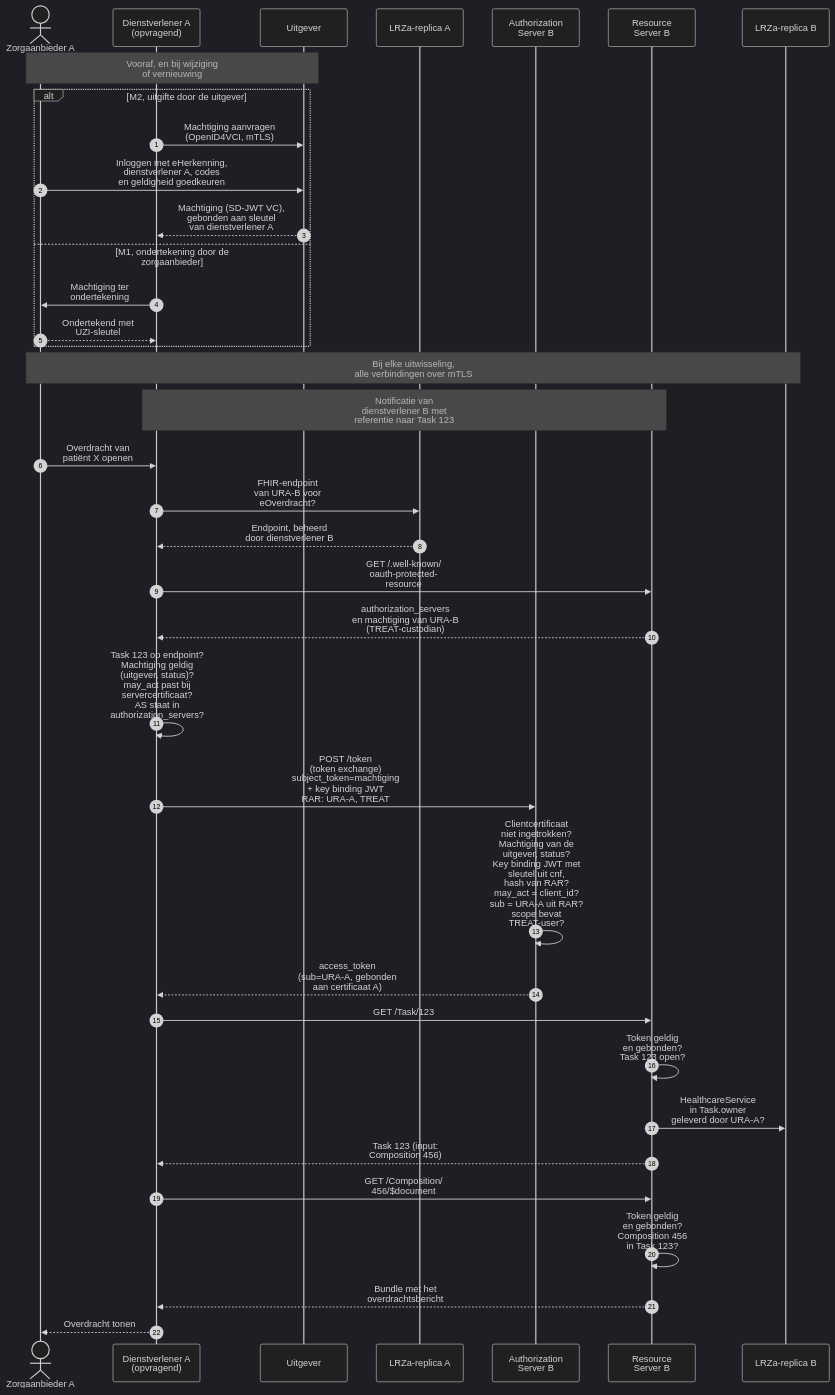
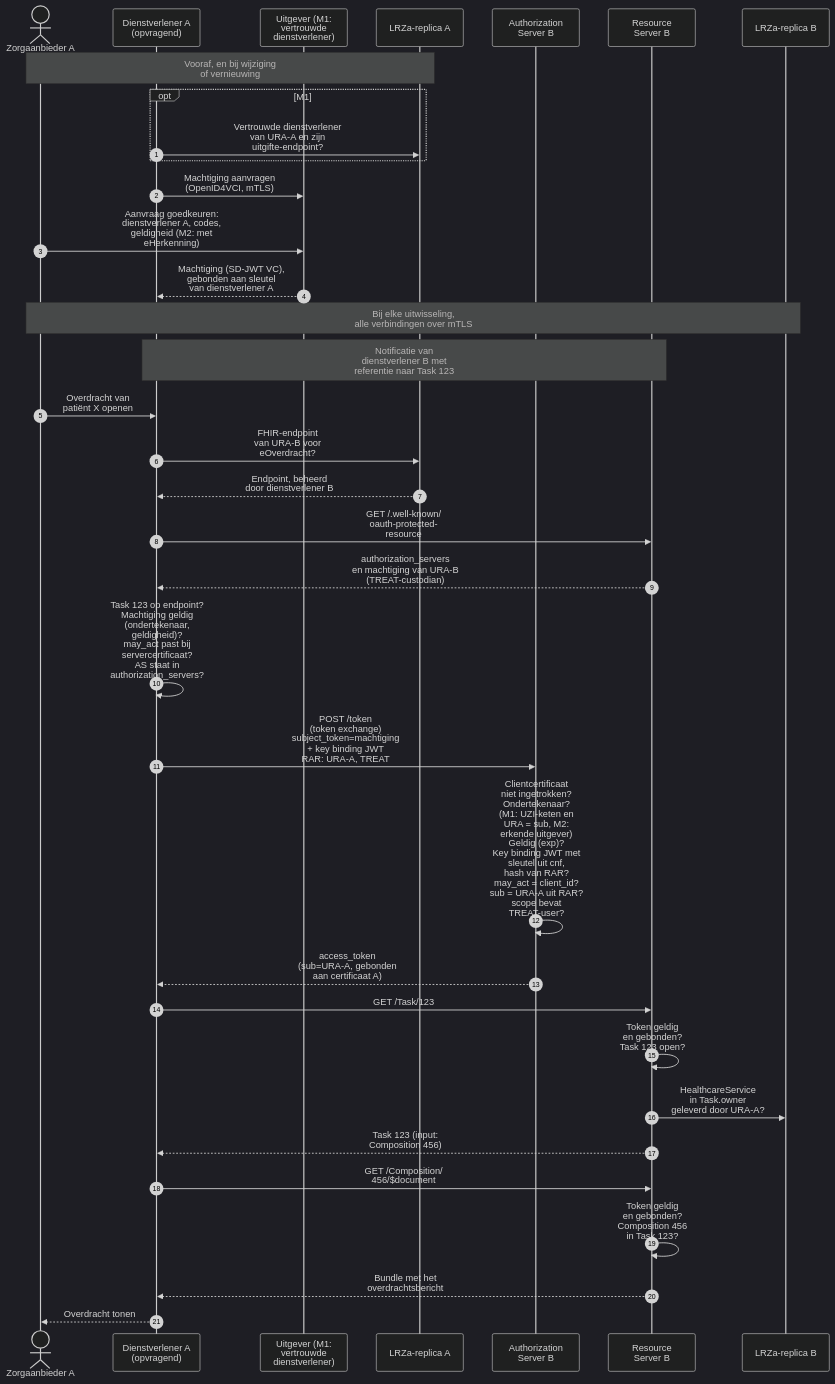
One commit to minvws/generiekefuncties-docs changed the diagram in input/pagecontent/authenticatie-en-autorisatie-vervolg-mandaat-clientregistratie.md. Above: the diagram before and after it, drawn with Mermaid (dark theme). The commit also changed other lines of this file, not shown here.

````diff
--- a/input/pagecontent/authenticatie-en-autorisatie-vervolg-mandaat-clientregistratie.md
+++ b/input/pagecontent/authenticatie-en-autorisatie-vervolg-mandaat-clientregistratie.md
@@ -356,41 +412,39 @@
 ```mermaid
 sequenceDiagram
     autonumber
     actor ZA as Zorgaanbieder A
     participant DA as Dienstverlener A<br/>(opvragend)
-    participant U as Uitgever
+    participant U as Uitgever (M1:<br/>vertrouwde<br/>dienstverlener)
     participant RepA as LRZa-replica A
     participant AS as Authorization<br/>Server B
     participant RS as Resource<br/>Server B
     participant RepB as LRZa-replica B
 
-    Note over ZA,U: Vooraf, en bij wijziging<br/>of vernieuwing
-    alt M2, uitgifte door de uitgever
-        DA->>U: Machtiging aanvragen<br/>(OpenID4VCI, mTLS)
-        ZA->>U: Inloggen met eHerkenning,<br/>dienstverlener A, codes<br/>en geldigheid goedkeuren
-        U-->>DA: Machtiging (SD-JWT VC),<br/>gebonden aan sleutel<br/>van dienstverlener A
-    else M1, ondertekening door de zorgaanbieder
-        DA->>ZA: Machtiging ter<br/>ondertekening
-        ZA-->>DA: Ondertekend met<br/>UZI-sleutel
+    Note over ZA,RepA: Vooraf, en bij wijziging<br/>of vernieuwing
+    opt M1
+        DA->>RepA: Vertrouwde dienstverlener<br/>van URA-A en zijn<br/>uitgifte-endpoint?
     end
+    DA->>U: Machtiging aanvragen<br/>(OpenID4VCI, mTLS)
+    ZA->>U: Aanvraag goedkeuren:<br/>dienstverlener A, codes,<br/>geldigheid (M2: met<br/>eHerkenning)
+    U-->>DA: Machtiging (SD-JWT VC),<br/>gebonden aan sleutel<br/>van dienstverlener A
 
     Note over ZA,RepB: Bij elke uitwisseling,<br/>alle verbindingen over mTLS
     Note over DA,RS: Notificatie van<br/>dienstverlener B met<br/>referentie naar Task 123
     ZA->>DA: Overdracht van<br/>patiënt X openen
     DA->>RepA: FHIR-endpoint<br/>van URA-B voor<br/>eOverdracht?
     RepA-->>DA: Endpoint, beheerd<br/>door dienstverlener B
     DA->>RS: GET /.well-known/<br/>oauth-protected-<br/>resource
     RS-->>DA: authorization_servers<br/>en machtiging van URA-B<br/>(TREAT-custodian)
-    DA->>DA: Task 123 op endpoint?<br/>Machtiging geldig<br/>(uitgever, status)?<br/>may_act past bij<br/>servercertificaat?<br/>AS staat in<br/>authorization_servers?
+    DA->>DA: Task 123 op endpoint?<br/>Machtiging geldig<br/>(ondertekenaar,<br/>geldigheid)?<br/>may_act past bij<br/>servercertificaat?<br/>AS staat in<br/>authorization_servers?
     DA->>AS: POST /token<br/>(token exchange)<br/>subject_token=machtiging<br/>+ key binding JWT<br/>RAR: URA-A, TREAT
-    AS->>AS: Clientcertificaat<br/>niet ingetrokken?<br/>Machtiging van de<br/>uitgever, status?<br/>Key binding JWT met<br/>sleutel uit cnf,<br/>hash van RAR?<br/>may_act = client_id?<br/>sub = URA-A uit RAR?<br/>scope bevat<br/>TREAT-user?
+    AS->>AS: Clientcertificaat<br/>niet ingetrokken?<br/>Ondertekenaar?<br/>(M1: UZI-keten en<br/>URA = sub, M2:<br/>erkende uitgever)<br/>Geldig (exp)?<br/>Key binding JWT met<br/>sleutel uit cnf,<br/>hash van RAR?<br/>may_act = client_id?<br/>sub = URA-A uit RAR?<br/>scope bevat<br/>TREAT-user?
     AS-->>DA: access_token<br/>(sub=URA-A, gebonden<br/>aan certificaat A)
     DA->>RS: GET /Task/123
     RS->>RS: Token geldig<br/>en gebonden?<br/>Task 123 open?
     RS->>RepB: HealthcareService<br/>in Task.owner<br/>geleverd door URA-A?
     RS-->>DA: Task 123 (input:<br/>Composition 456)
     DA->>RS: GET /Composition/<br/>456/$document
     RS->>RS: Token geldig<br/>en gebonden?<br/>Composition 456<br/>in Task 123?
     RS-->>DA: Bundle met het<br/>overdrachtsbericht
     DA-->>ZA: Overdracht tonen
 ```
````
